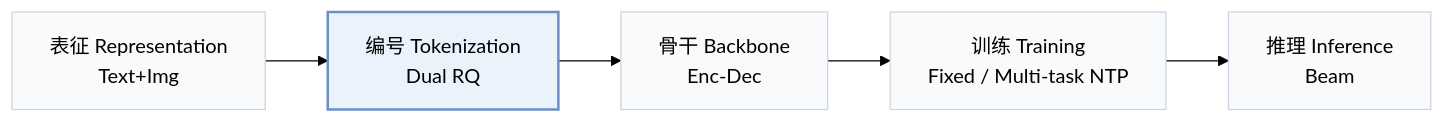
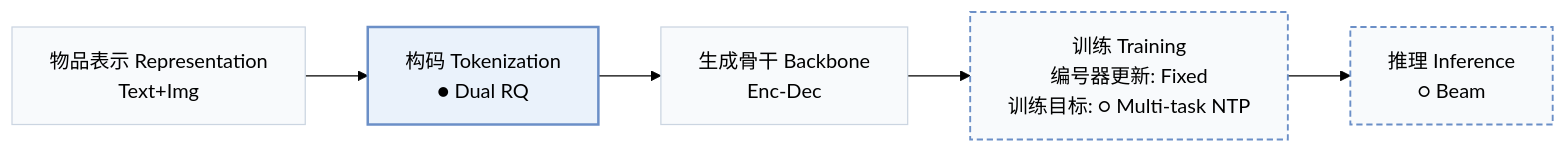
One commit to Galaxy-ghost/Awesome-SID-Generative-Rec changed the first of 3 diagrams in pages/zh/papers/mql4grec.md. Above: the diagram before and after it, drawn with Mermaid (forest theme). The commit also changed other lines of this file and 558 other files, not shown here.

````diff
--- a/pages/zh/papers/mql4grec.md
+++ b/pages/zh/papers/mql4grec.md
@@ -15,8 +19,10 @@
 ```mermaid
 flowchart LR
-    R["表征 Representation<br/>Text+Img"] --> T["编号 Tokenization<br/>Dual RQ"] --> B["骨干 Backbone<br/>Enc-Dec"] --> TR["训练 Training<br/>Fixed / Multi-task NTP"] --> I["推理 Inference<br/>Beam"]
+    R["物品表示 Representation<br/>Text+Img"] --> T["构码 Tokenization<br/>● Dual RQ"] --> B["生成骨干 Backbone<br/>Enc-Dec"] --> TR["训练 Training<br/>编号器更新: Fixed<br/>训练目标: ○ Multi-task NTP"] --> I["推理 Inference<br/>○ Beam"]
     classDef base fill:#f8fafc,stroke:#cbd5e1
     class R,T,B,TR,I base
+    classDef other fill:#f8fafc,stroke:#6b8fc7,stroke-width:1.5px,stroke-dasharray:5 3
+    class TR,I other
     classDef main fill:#eaf2fb,stroke:#6b8fc7,stroke-width:2px
     class T main
 ```
````
